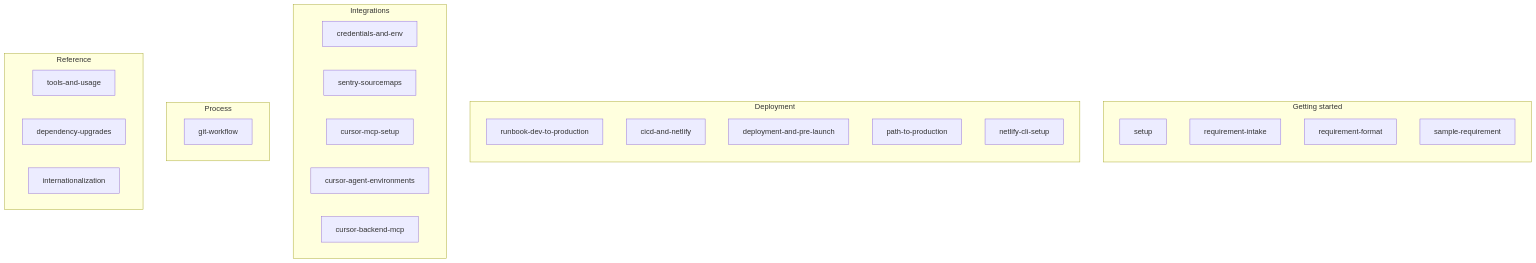
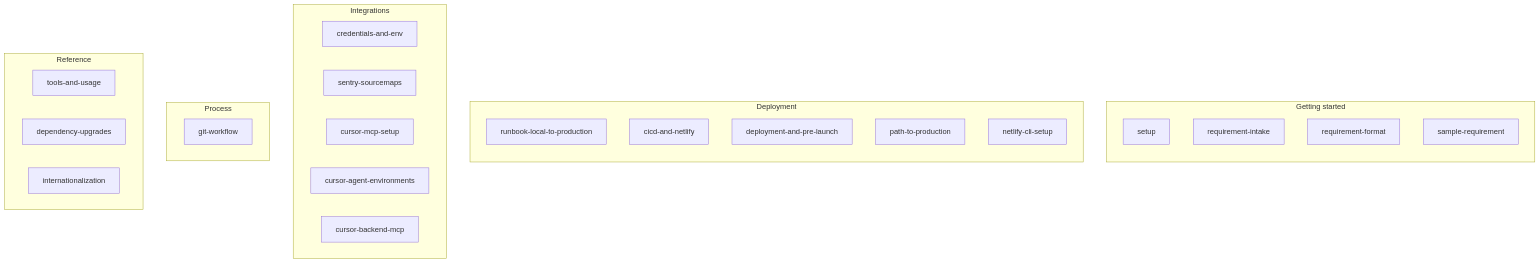
One commit to nikunjmavani/core-fe changed the diagram in docs/README.md. Above: the diagram before and after it, drawn with Mermaid. The commit also changed other lines of this file and 9 other files, not shown here.

````diff
--- a/docs/README.md
+++ b/docs/README.md
@@ -7,33 +7,33 @@
 ```mermaid
 flowchart TB
   subgraph getting_started["Getting started"]
     direction TB
     g1[setup]
     g2[requirement-intake]
     g3[requirement-format]
     g4[sample-requirement]
   end
   subgraph deployment["Deployment"]
     direction TB
-    d1[runbook-dev-to-production]
+    d1[runbook-local-to-production]
     d2[cicd-and-netlify]
     d3[deployment-and-pre-launch]
     d4[path-to-production]
     d5[netlify-cli-setup]
   end
   subgraph integrations["Integrations"]
     i1[credentials-and-env]
     i2[sentry-sourcemaps]
     i3[cursor-mcp-setup]
     i4[cursor-agent-environments]
     i5[cursor-backend-mcp]
   end
   subgraph process["Process"]
     p1[git-workflow]
   end
   subgraph reference["Reference"]
     r1[tools-and-usage]
     r2[dependency-upgrades]
     r3[internationalization]
   end
 ```
````
